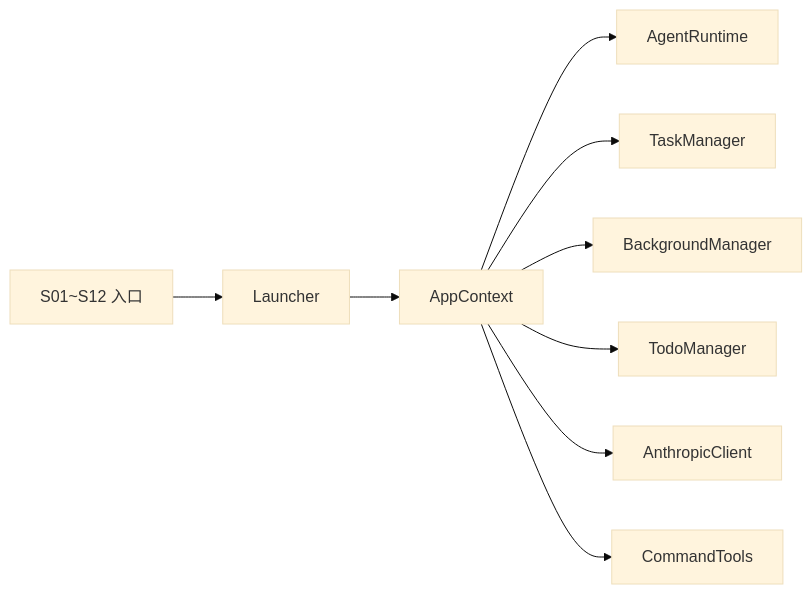
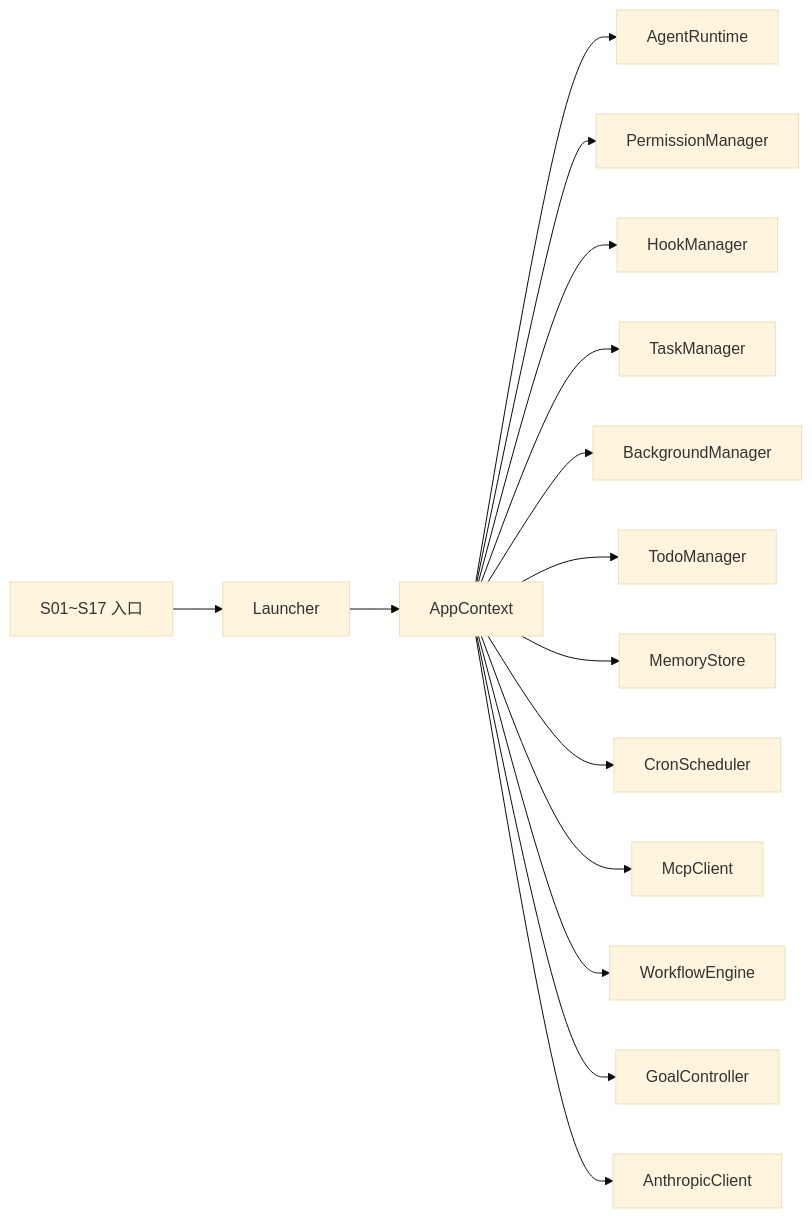
One commit to chenlds1994/learn-claude-code-java changed the third of 3 diagrams in .qoder/repowiki/zh/content/学习阶段详解/学习阶段详解.md. Above: the diagram before and after it, drawn with Mermaid (base theme). The commit also changed other lines of this file and 94 other files, not shown here.

````diff
--- a/.qoder/repowiki/zh/content/学习阶段详解/学习阶段详解.md
+++ b/.qoder/repowiki/zh/content/学习阶段详解/学习阶段详解.md
@@ -297,11 +165,17 @@
 ```mermaid
 graph LR
-S["S01~S12 入口"] --> L["Launcher"]
+S["S01~S17 入口"] --> L["Launcher"]
 L --> AC["AppContext"]
 AC --> RT["AgentRuntime"]
+AC --> PM["PermissionManager"]
+AC --> HK["HookManager"]
 AC --> TM["TaskManager"]
 AC --> BM["BackgroundManager"]
 AC --> TD["TodoManager"]
+AC --> MS["MemoryStore"]
+AC --> CS["CronScheduler"]
+AC --> MC["McpClient"]
+AC --> WE["WorkflowEngine"]
+AC --> GC["GoalController"]
 AC --> CL["AnthropicClient"]
-AC --> CT["CommandTools"]
 ```
````
